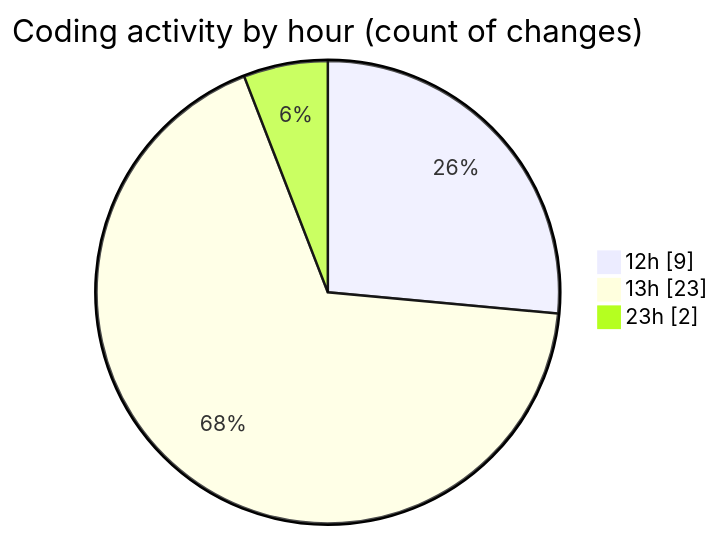
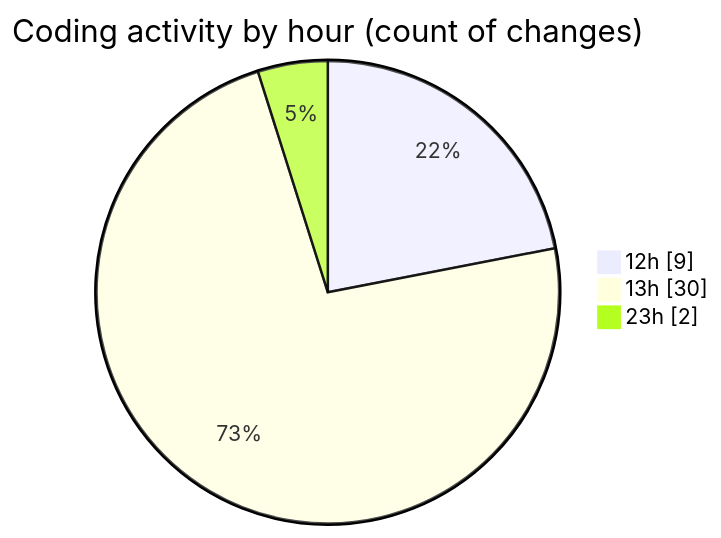
Before and after one commit to Elitesun/code-tracking: the second of 2 diagrams in 2025-03-29/binarysec/README.md, drawn with Mermaid. The commit also changed other lines of this file and 1 other file, not shown here.

````diff
--- a/2025-03-29/binarysec/README.md
+++ b/2025-03-29/binarysec/README.md
@@ -42,7 +42,7 @@
 ```mermaid
 pie showData
 title Coding activity by hour (count of changes)
 "12h" : 9
-"13h" : 23
+"13h" : 30
 "23h" : 2
 ```
````
